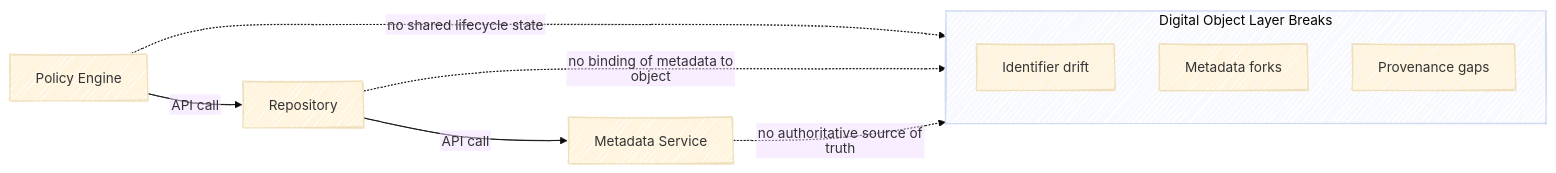
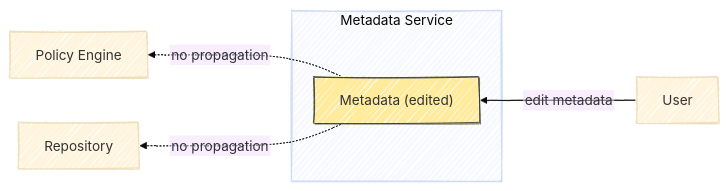
Before and after one commit to chStaiger/rdm-tech-foundations: the second of 4 diagrams in book/infrastructure-examples.qmd, drawn with Mermaid (base theme). The commit also changed other lines of this file and 1 other file, not shown here.

Commit message:
edit graphs

````diff
--- a/book/infrastructure-examples.qmd
+++ b/book/infrastructure-examples.qmd
@@ -58,32 +100,30 @@
 ```{mermaid}
-%%| label: fig-api-only
-%%| fig-cap: Without an orchestration layer, API connections move data but do not preserve digital‑object identity, metadata binding, or provenance. The digital object breaks at each system boundary.
+%%| label: fig-meta-edit-no-return
+%%| fig-cap: Users edit metadata inside the metadata service, but updates do not flow back to the policy engine or repository.
 %%| fig-align: center
+
 %%{init: {
   "look": "handDrawn",
   "flowchart": { "htmlLabels": false }
 }}%%
 
-flowchart LR
+flowchart RL
 
-    %% Components
+    USER["User"]
     PE["Policy Engine"]
     REPO["Repository"]
-    META["Metadata Service"]
 
-    %% API-only connections
-    PE -- "API call" --> REPO
-    REPO -- "API call" --> META
-
-    %% Breaks
-    subgraph BREAKS["Digital Object Layer Breaks"]
-        ID1["Identifier drift"]
-        META1["Metadata forks"]
-        PROV1["Provenance gaps"]
+    subgraph META["Metadata Service"]
+        M2["Metadata (edited)"]
     end
 
-    %% Arrows showing failure
-    PE -. "no shared lifecycle state" .-> BREAKS
-    REPO -. "no binding of metadata to object" .-> BREAKS
-    META -. "no authoritative source of truth" .-> BREAKS
+    %% No return path
+    M2 -. "no propagation" .-> PE
+    M2 -. "no propagation" .-> REPO
+
+    %% User edits metadata
+    USER -- "edit metadata" --> M2
+
+    %% Style for edited metadata (highlight)
+    style M2 fill:#ffeb99,stroke:#333,stroke-width:1px
 ```
````
